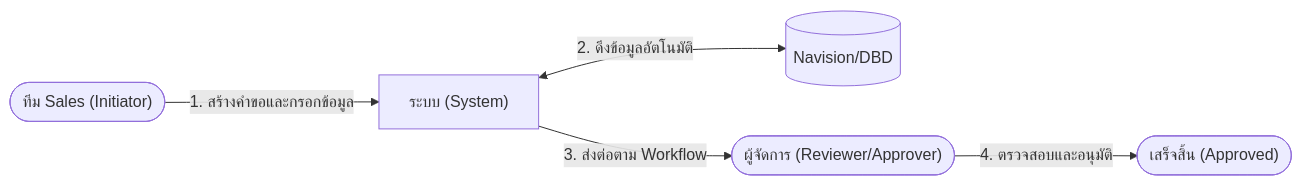
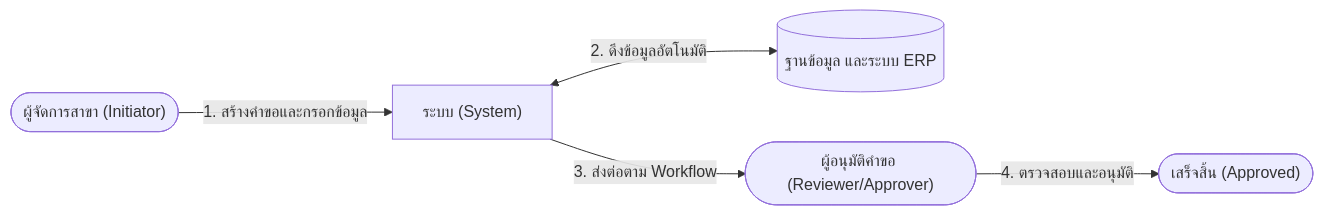
The second of 2 diagrams in docs/presentations/05_IT_Support_Handover_Slides.md (JinnawatJid/iNsightDocs), drawn with Mermaid before and after one commit. The commit also changed other lines of this file, not shown here.

````diff
--- a/docs/presentations/05_IT_Support_Handover_Slides.md
+++ b/docs/presentations/05_IT_Support_Handover_Slides.md
@@ -70,7 +70,7 @@
 ```mermaid
 flowchart LR
-    Init(["ทีม Sales (Initiator)"]) -->|"1. สร้างคำขอและกรอกข้อมูล"| Sys["ระบบ (System)"]
-    Sys <-->|"2. ดึงข้อมูลอัตโนมัติ"| Ext[("Navision/DBD")]
-    Sys -->|"3. ส่งต่อตาม Workflow"| Mgr(["ผู้จัดการ (Reviewer/Approver)"])
+    Init(["ผู้จัดการสาขา (Initiator)"]) -->|"1. สร้างคำขอและกรอกข้อมูล"| Sys["ระบบ (System)"]
+    Sys <-->|"2. ดึงข้อมูลอัตโนมัติ"| Ext[("ฐานข้อมูล และระบบ ERP")]
+    Sys -->|"3. ส่งต่อตาม Workflow"| Mgr(["ผู้อนุมัติคำขอ (Reviewer/Approver)"])
     Mgr -->|"4. ตรวจสอบและอนุมัติ"| Done(["เสร็จสิ้น (Approved)"])
 ```
````
